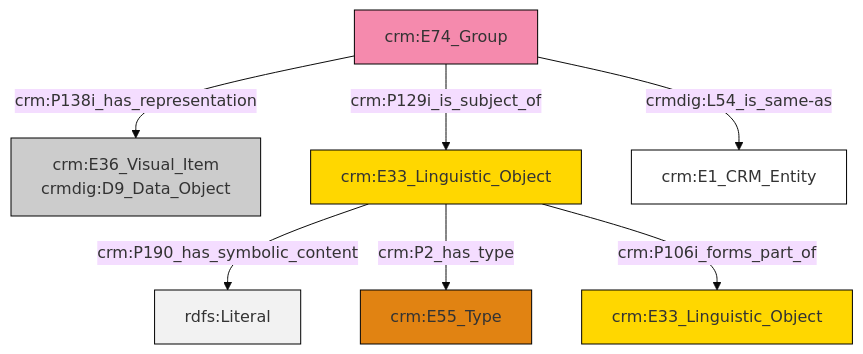
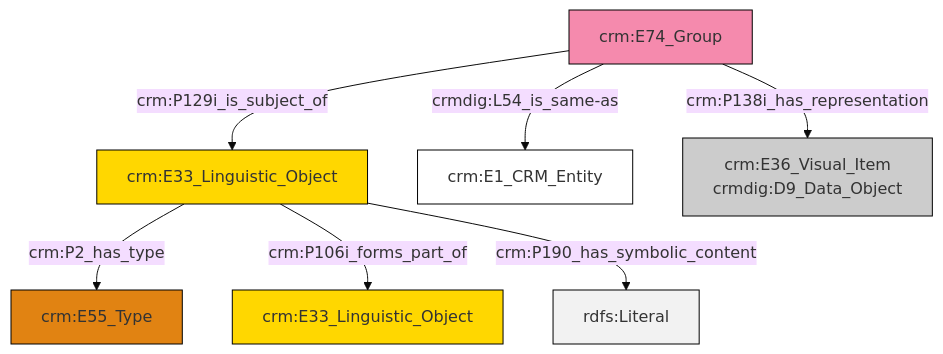
Before and after one commit to swiss-art-research-net/reference-data-models: the diagram in et/groupCSV/ttl/mmd/group_documentation.ttl.mmd, drawn with Mermaid (base theme). The commit also changed 129 other files, not shown here.

```diff
--- a/et/groupCSV/ttl/mmd/group_documentation.ttl.mmd
+++ b/et/groupCSV/ttl/mmd/group_documentation.ttl.mmd
@@ -1,21 +1,21 @@
 graph TD
 classDef Literal fill:#f2f2f2,stroke:#000000;
 classDef CRM_Entity fill:#FFFFFF,stroke:#000000;
 classDef Temporal_Entity fill:#00C9E6, stroke:#000000;
 classDef Type fill:#E18312, stroke:#000000;
 classDef Time-Span fill:#2C9C91, stroke:#000000;
 classDef Appellation fill:#FFEB7F, stroke:#000000;
 classDef Place fill:#008836, stroke:#000000;
 classDef Persistent_Item fill:#B266B2, stroke:#000000;
 classDef Conceptual_Object fill:#FFD700, stroke:#000000;
 classDef Physical_Thing fill:#D2B48C, stroke:#000000;
 classDef Actor fill:#f58aad, stroke:#000000;
 classDef PC_Classes fill:#4ce600, stroke:#000000;
 classDef Multi fill:#cccccc,stroke:#000000;
 
-2["crm:E33_Linguistic_Object"]:::Conceptual_Object -->|crm:P190_has_symbolic_content| 5[rdfs:Literal]:::Literal
-2["crm:E33_Linguistic_Object"]:::Conceptual_Object -->|crm:P2_has_type| 8["crm:E55_Type"]:::Type
-10["crm:E74_Group"]:::Actor -->|crm:P138i_has_representation| 0["crm:E36_Visual_Item<br>crmdig:D9_Data_Object"]:::Multi
-10["crm:E74_Group"]:::Actor -->|crmdig:L54_is_same-as| 13["crm:E1_CRM_Entity"]:::CRM_Entity
-10["crm:E74_Group"]:::Actor -->|crm:P129i_is_subject_of| 2["crm:E33_Linguistic_Object"]:::Conceptual_Object
-2["crm:E33_Linguistic_Object"]:::Conceptual_Object -->|crm:P106i_forms_part_of| 6["crm:E33_Linguistic_Object"]:::Conceptual_Object
+0["crm:E74_Group"]:::Actor -->|crm:P129i_is_subject_of| 1["crm:E33_Linguistic_Object"]:::Conceptual_Object
+1["crm:E33_Linguistic_Object"]:::Conceptual_Object -->|crm:P2_has_type| 4["crm:E55_Type"]:::Type
+0["crm:E74_Group"]:::Actor -->|crmdig:L54_is_same-as| 7["crm:E1_CRM_Entity"]:::CRM_Entity
+1["crm:E33_Linguistic_Object"]:::Conceptual_Object -->|crm:P106i_forms_part_of| 2["crm:E33_Linguistic_Object"]:::Conceptual_Object
+1["crm:E33_Linguistic_Object"]:::Conceptual_Object -->|crm:P190_has_symbolic_content| 12[rdfs:Literal]:::Literal
+0["crm:E74_Group"]:::Actor -->|crm:P138i_has_representation| 8["crm:E36_Visual_Item<br>crmdig:D9_Data_Object"]:::Multi
```
